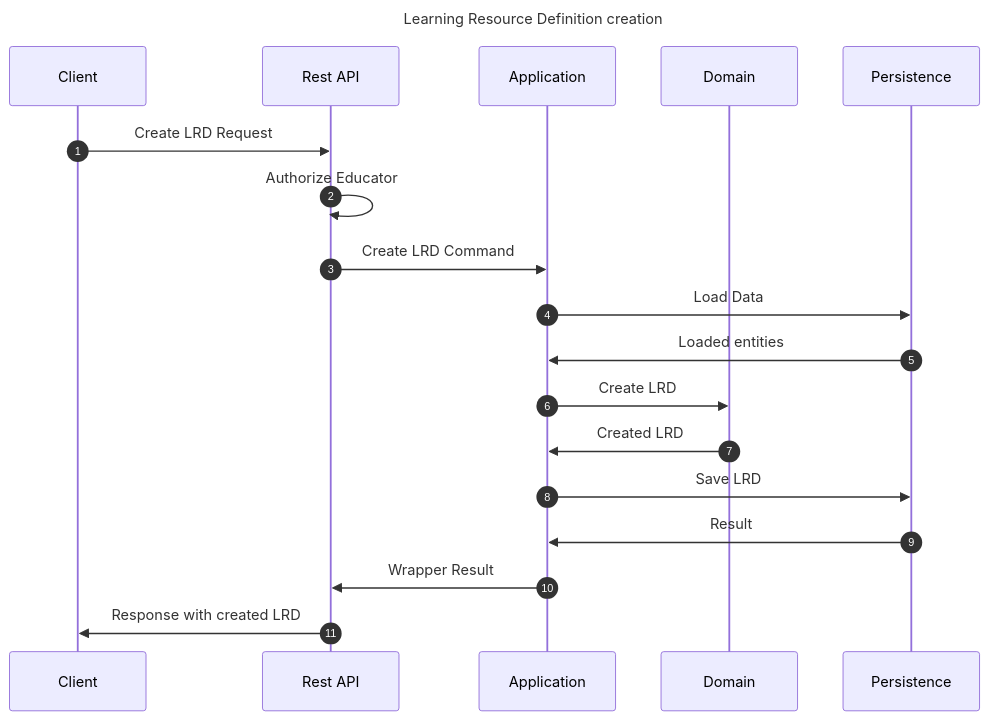
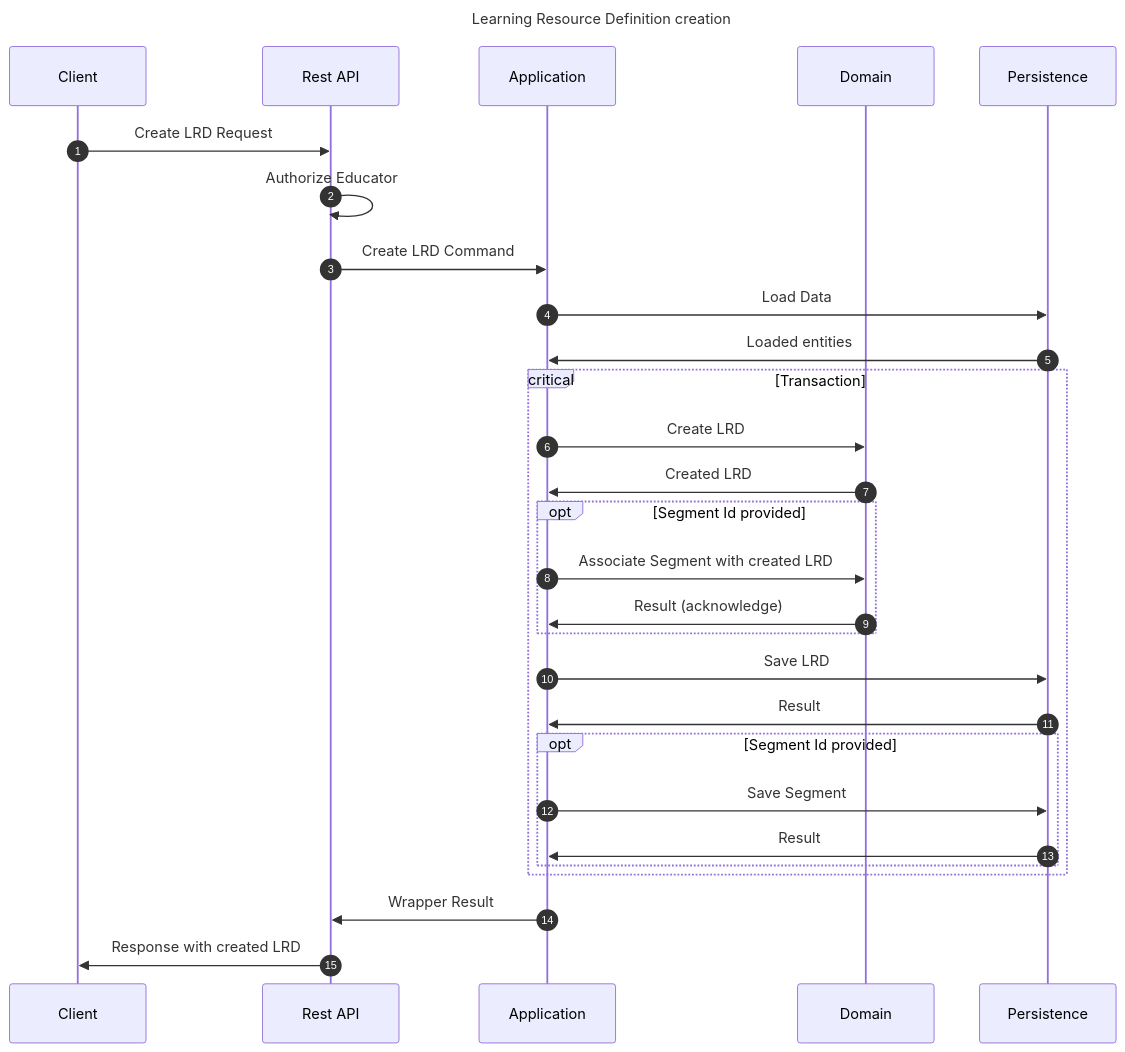
Before and after one commit to EdutieProject/edutie-backend: the diagram in docs/edutie/flows/management/learningresourcedefinition/CreateLearningResourceDefinition.md, drawn with Mermaid. The commit also changed other lines of this file and 4 other files, not shown here.

Commit message:
LRD & Course flows

````diff
--- a/docs/edutie/flows/management/learningresourcedefinition/CreateLearningResourceDefinition.md
+++ b/docs/edutie/flows/management/learningresourcedefinition/CreateLearningResourceDefinition.md
@@ -10,24 +11,34 @@
 ```mermaid
 ---
 title: Learning Resource Definition creation
 ---
 sequenceDiagram
     participant Client
     participant Rest API
     participant Application
     participant Domain
     participant Persistence
     autonumber
-    
-    Client->>Rest API: Create LRD Request
-    Rest API->>Rest API: Authorize Educator
-    Rest API->>Application: Create LRD Command
-    Application->>Persistence: Load Data
-    Persistence->>Application: Loaded entities
-    Application->>Domain: Create LRD
-    Domain->>Application: Created LRD
-    Application->>Persistence: Save LRD
-    Persistence->>Application: Result
-    Application->>Rest API: Wrapper Result
-    Rest API->>Client: Response with created LRD
+    Client ->> Rest API: Create LRD Request
+    Rest API ->> Rest API: Authorize Educator
+    Rest API ->> Application: Create LRD Command
+    Application ->> Persistence: Load Data
+    Persistence ->> Application: Loaded entities
+    critical Transaction
+        Application ->> Domain: Create LRD
+        Domain ->> Application: Created LRD
+        opt Segment Id provided
+            Application ->> Domain: Associate Segment with created LRD
+            Domain ->> Application: Result (acknowledge)
+        end
+        Application ->> Persistence: Save LRD
+        Persistence ->> Application: Result
+        opt Segment Id provided
+            Application ->> Persistence: Save Segment
+            Persistence ->> Application: Result
+        end
+    end
+
+    Application ->> Rest API: Wrapper Result
+    Rest API ->> Client: Response with created LRD
 ```
````
